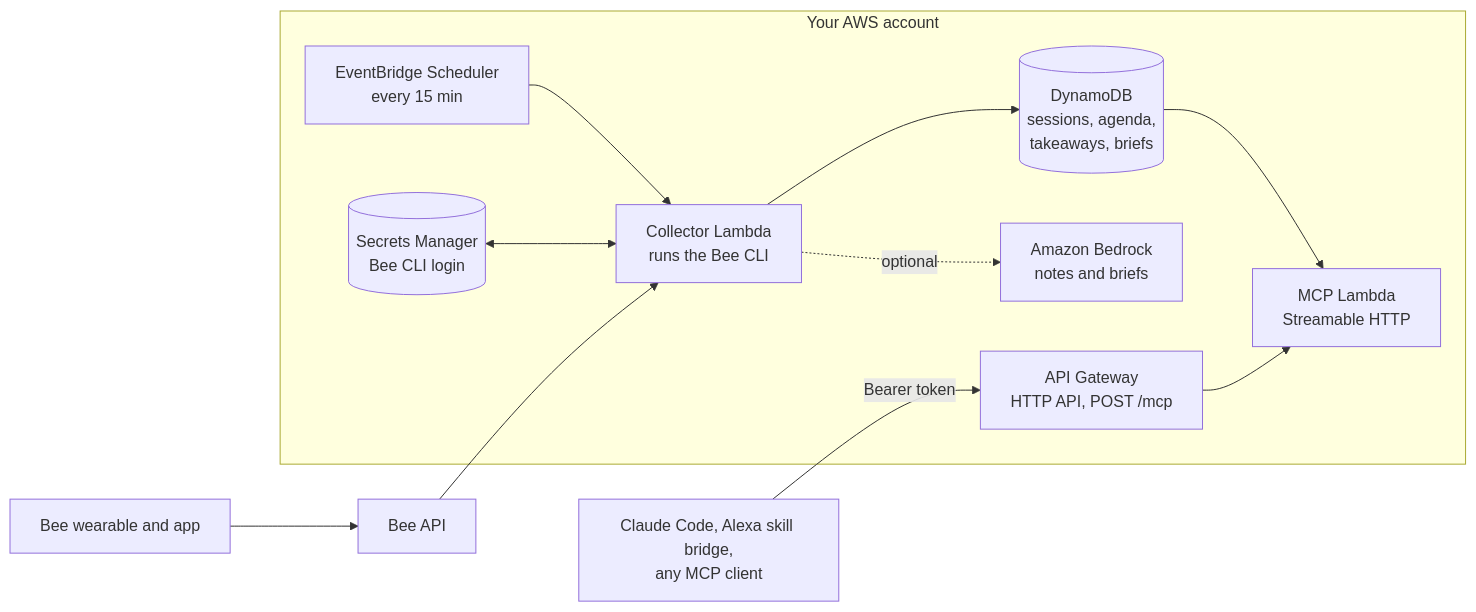
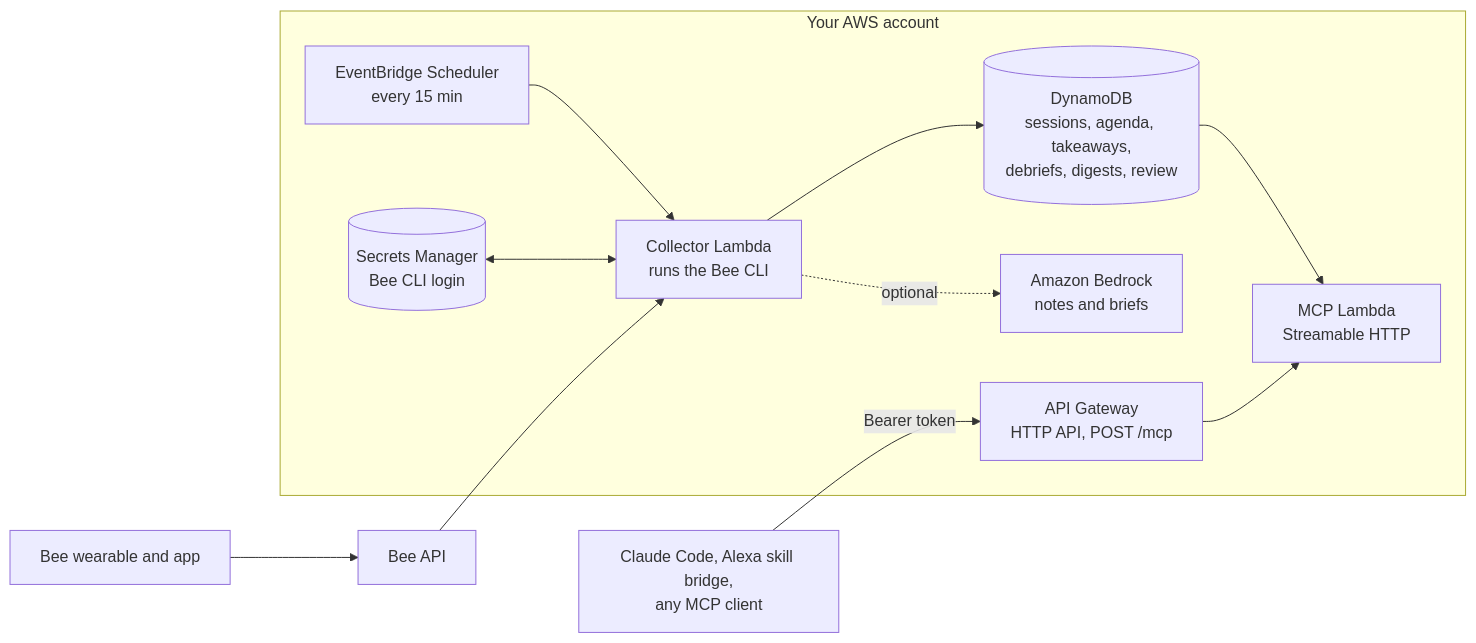
One commit to wilmccann/between-sessions changed the diagram in README.md. Above: the diagram before and after it, drawn with Mermaid. The commit also changed other lines of this file and 1 other file, not shown here.

First line of the commit message:
README for the menu, digest, Bee button, review and data stored; tick the plan

````diff
--- a/README.md
+++ b/README.md
@@ -11,14 +11,14 @@
 ```mermaid
 flowchart LR
   bee[Bee wearable and app] --> api[Bee API]
   subgraph aws[Your AWS account]
     sched[EventBridge Scheduler<br/>every 15 min] --> collector[Collector Lambda<br/>runs the Bee CLI]
     secret[(Secrets Manager<br/>Bee CLI login)] <--> collector
-    collector --> table[(DynamoDB<br/>sessions, agenda,<br/>takeaways, briefs)]
+    collector --> table[(DynamoDB<br/>sessions, agenda, takeaways,<br/>debriefs, digests, review)]
     collector -. optional .-> bedrock[Amazon Bedrock<br/>notes and briefs]
     table --> mcp[MCP Lambda<br/>Streamable HTTP]
     apigw[API Gateway<br/>HTTP API, POST /mcp] --> mcp
   end
   api --> collector
   clients[Claude Code, Alexa skill bridge,<br/>any MCP client] -->|Bearer token| apigw
 ```
````
